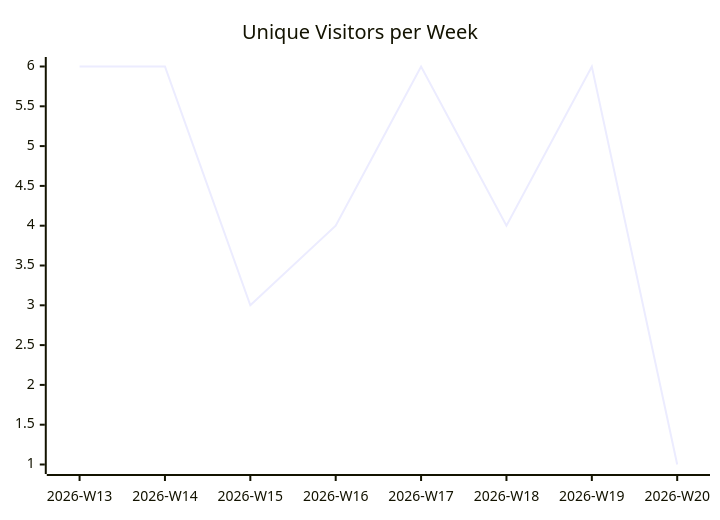
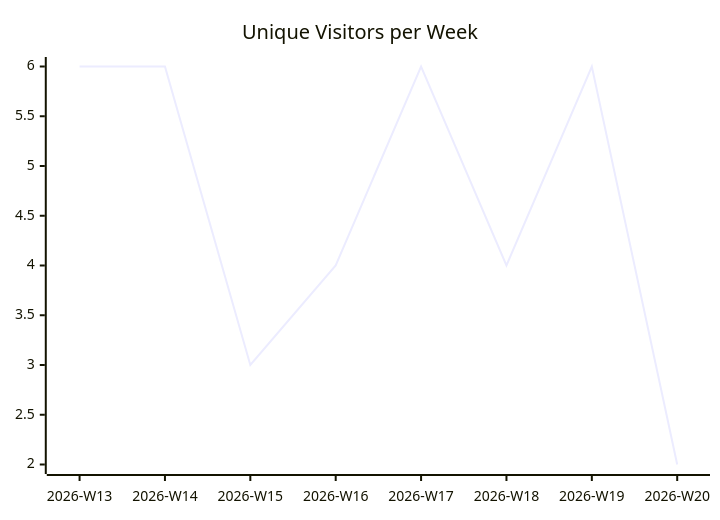
One commit to justdavis-family/github-analytics-data changed the first of 3 diagrams in karlmdavis/ksoap2-android/README.md. Above: the diagram before and after it, drawn with Mermaid. The commit also changed other lines of this file and 176 other files, not shown here.

````diff
--- a/karlmdavis/ksoap2-android/README.md
+++ b/karlmdavis/ksoap2-android/README.md
@@ -5,6 +5,6 @@
 ```mermaid
 xychart-beta
   title "Unique Visitors per Week"
   x-axis ["2026-W13", "2026-W14", "2026-W15", "2026-W16", "2026-W17", "2026-W18", "2026-W19", "2026-W20"]
-  line [6, 6, 3, 4, 6, 4, 6, 1]
+  line [6, 6, 3, 4, 6, 4, 6, 2]
 ```
````
